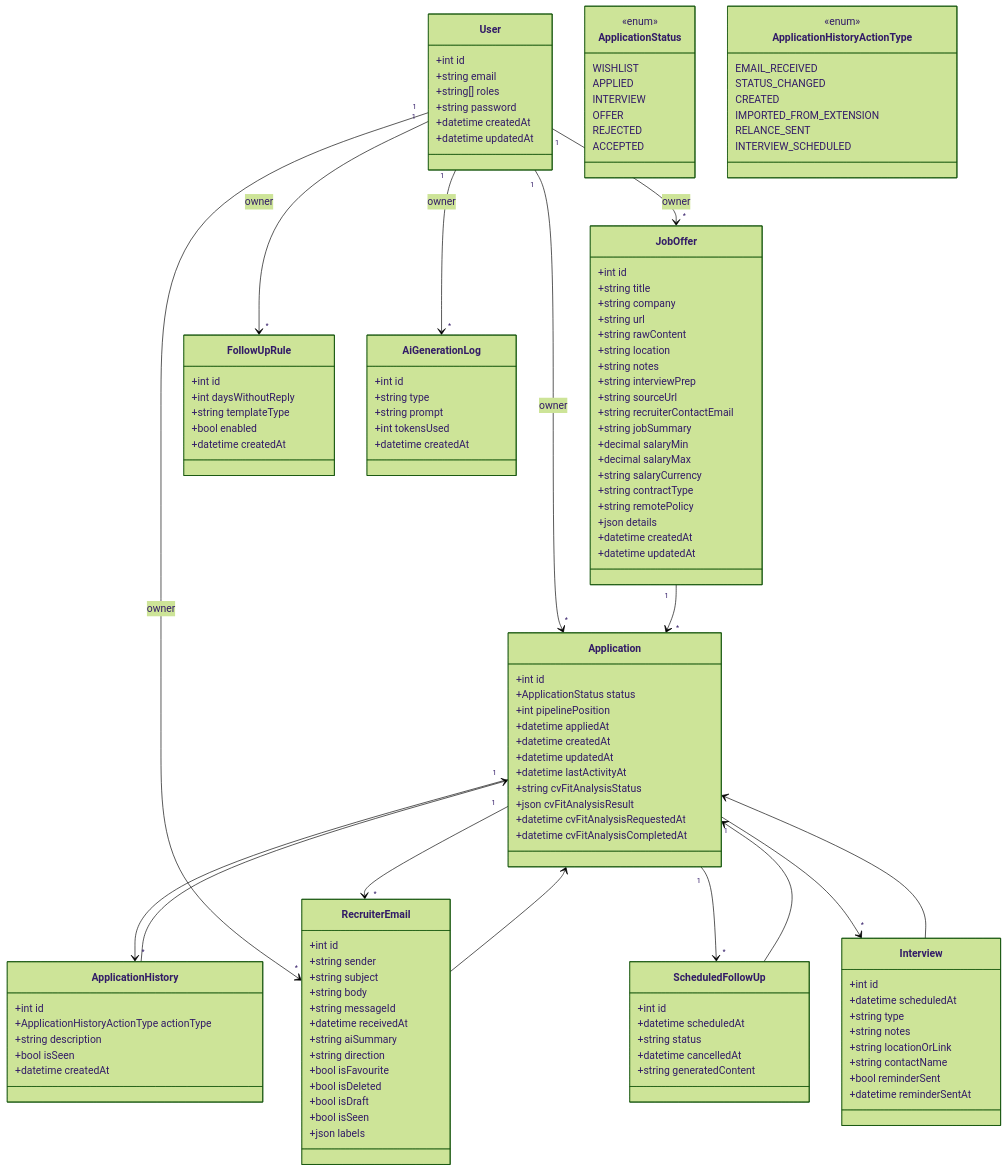
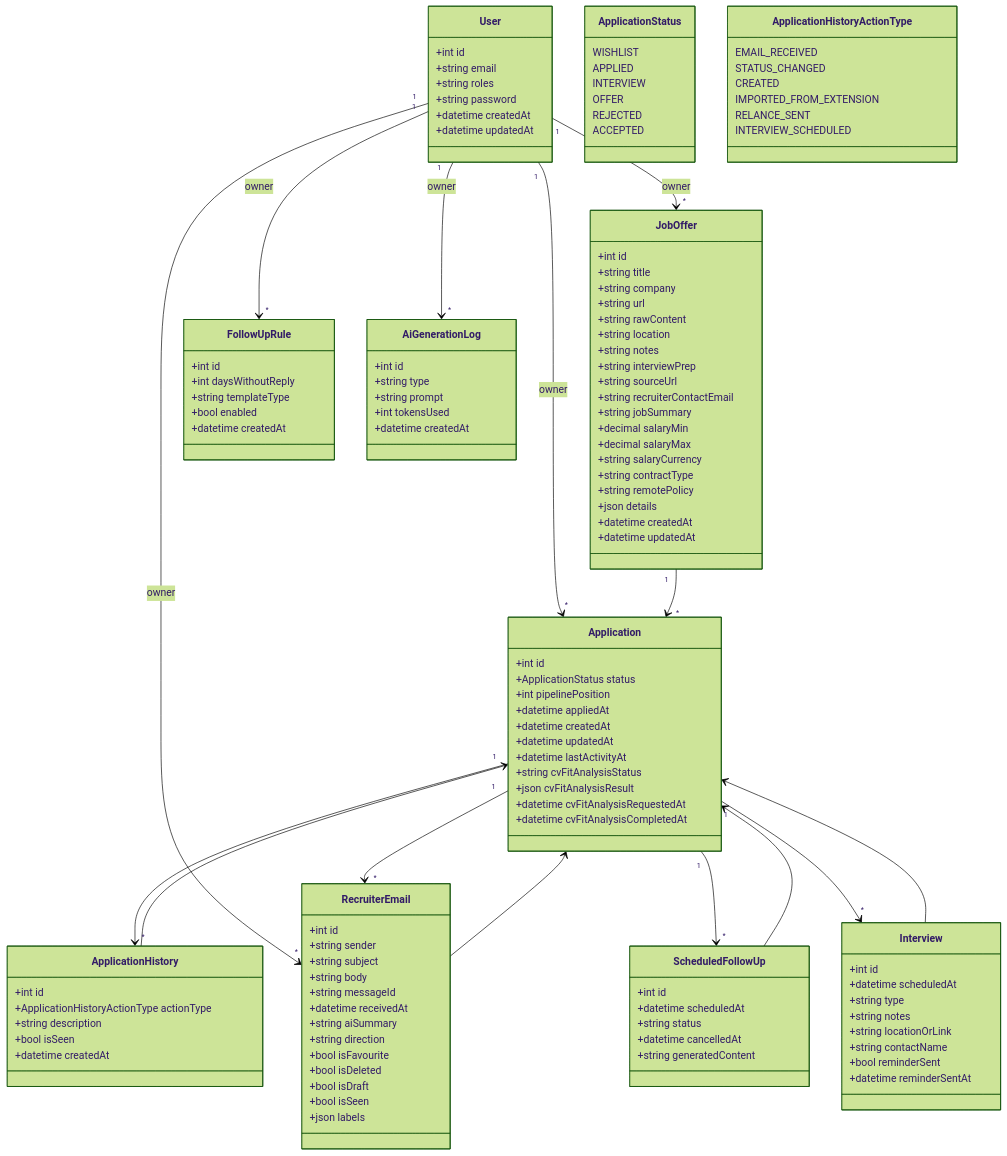
One commit to sachadvr/ergonis changed the diagram in docs/backend/data-model.md. Above: the diagram before and after it, drawn with Mermaid (forest theme). The commit also changed 2 other files, not shown here.

Commit message:
feat(docs): add plugins for mkdocs

```diff
--- a/docs/backend/data-model.md
+++ b/docs/backend/data-model.md
@@ -6,7 +6,7 @@
 class User {
   +int id
   +string email
-  +string[] roles
+  +string roles
   +string password
   +datetime createdAt
   +datetime updatedAt
@@ -107,10 +107,7 @@
   +datetime createdAt
 }
 
-%% ENUMS
-
 class ApplicationStatus {
-  <<enum>>
   WISHLIST
   APPLIED
   INTERVIEW
@@ -120,7 +117,6 @@
 }
 
 class ApplicationHistoryActionType {
-  <<enum>>
   EMAIL_RECEIVED
   STATUS_CHANGED
   CREATED
@@ -128,8 +124,6 @@
   RELANCE_SENT
   INTERVIEW_SCHEDULED
 }
-
-%% RELATIONS
 
 User "1" --> "*" Application : owner
 User "1" --> "*" JobOffer : owner
```
